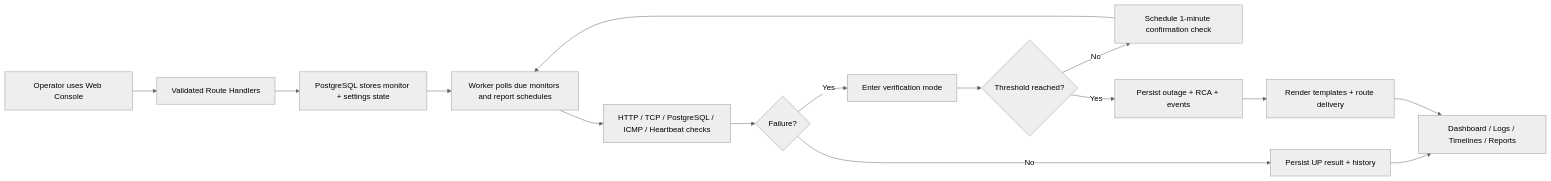
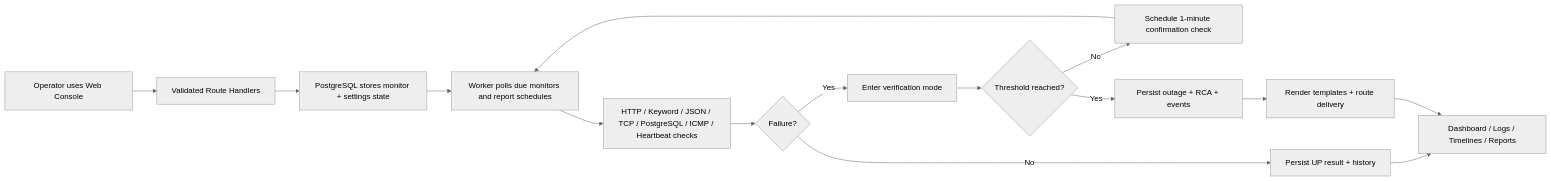
The diagram in README.md (febroine/sentrovia-monitoring), drawn with Mermaid (neutral theme) before and after one commit. The commit also changed other lines of this file, not shown here.

````diff
--- a/README.md
+++ b/README.md
@@ -115,17 +167,17 @@
 ```mermaid
 flowchart LR
     A["Operator uses Web Console"] --> B["Validated Route Handlers"]
     B --> C["PostgreSQL stores monitor + settings state"]
     C --> D["Worker polls due monitors and report schedules"]
-    D --> E["HTTP / TCP / PostgreSQL / ICMP / Heartbeat checks"]
+    D --> E["HTTP / Keyword / JSON / TCP / PostgreSQL / ICMP / Heartbeat checks"]
     E --> F{"Failure?"}
     F -- "No" --> G["Persist UP result + history"]
     F -- "Yes" --> H["Enter verification mode"]
     H --> I{"Threshold reached?"}
     I -- "No" --> J["Schedule 1-minute confirmation check"]
     I -- "Yes" --> K["Persist outage + RCA + events"]
     K --> L["Render templates + route delivery"]
     G --> M["Dashboard / Logs / Timelines / Reports"]
     J --> D
     L --> M
 ```
````
